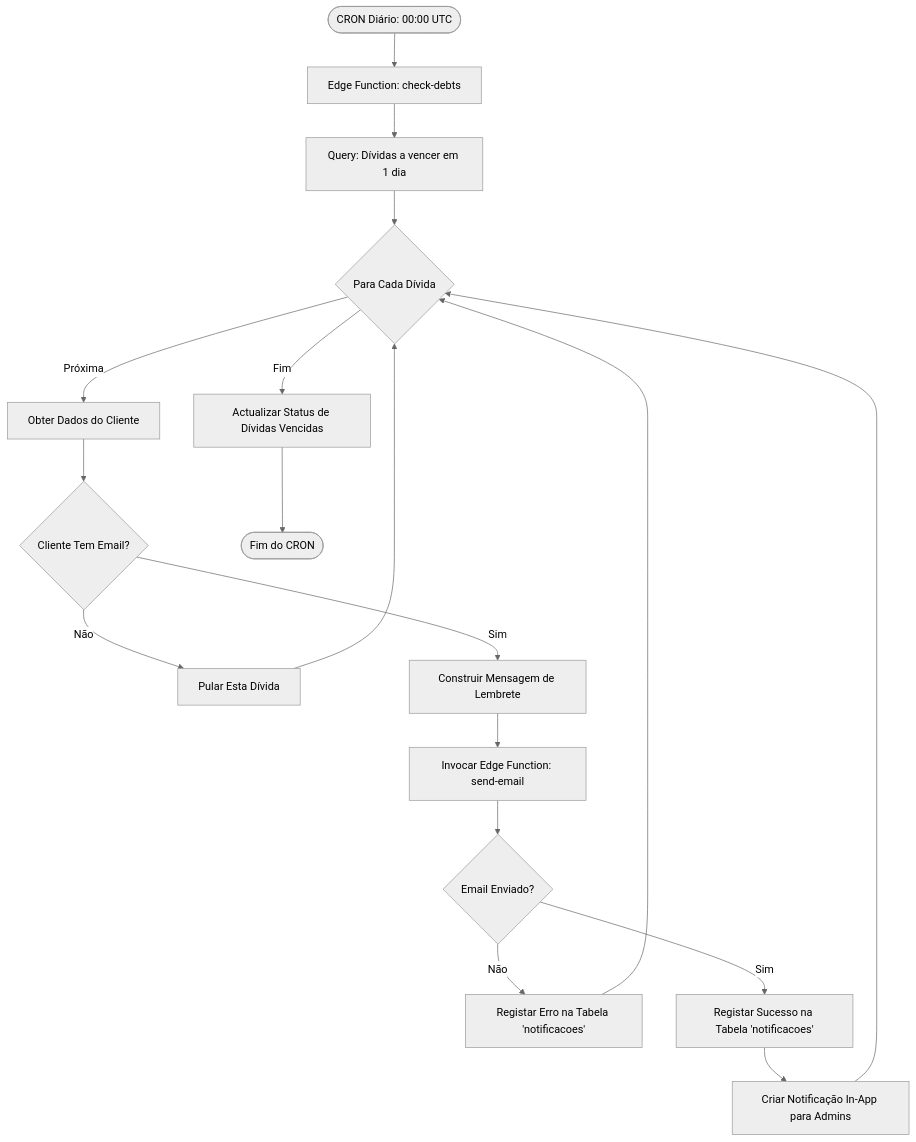
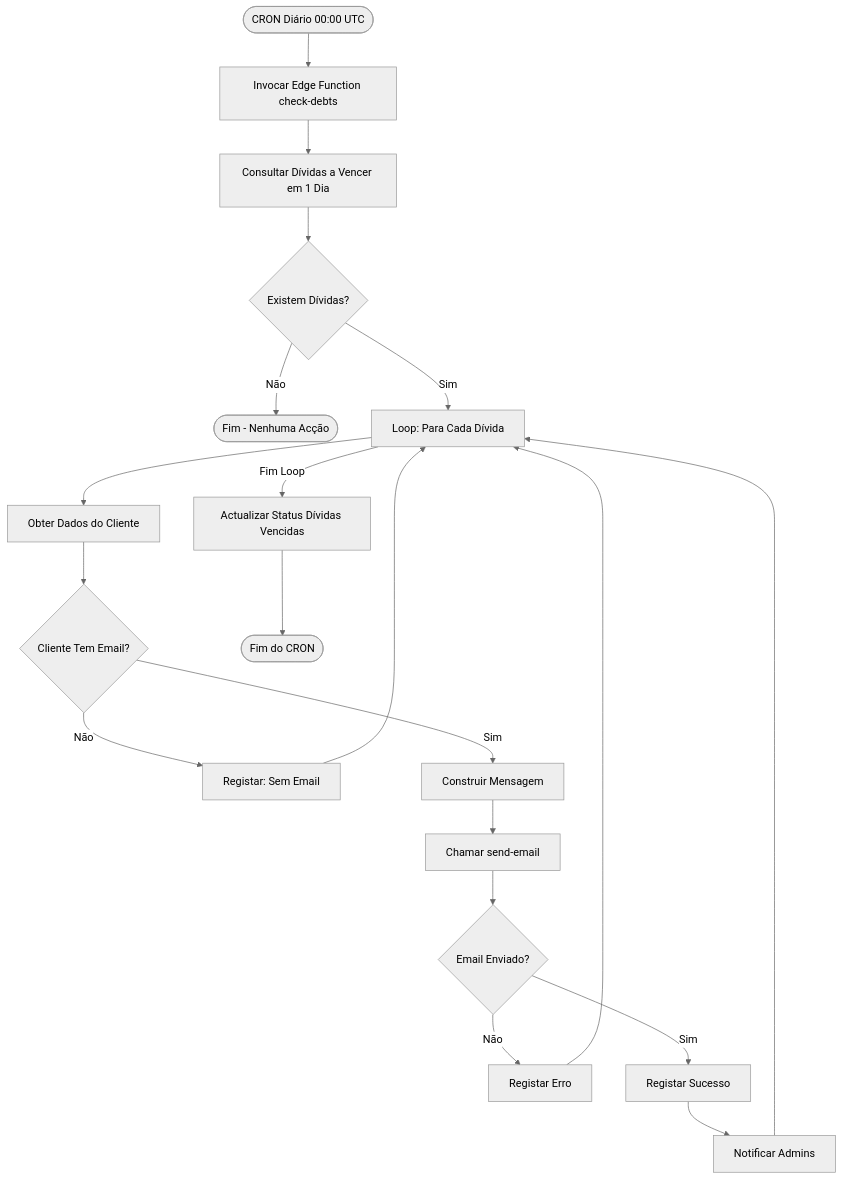
Before and after one commit to Nilton-Ramim-Pita/ncangaza-debt-watch: the fourth of 10 diagrams in DOCUMENTACAO_TECNICA_COMPLETA.md, drawn with Mermaid (neutral theme). The commit also changed other lines of this file, not shown here.

````diff
--- a/DOCUMENTACAO_TECNICA_COMPLETA.md
+++ b/DOCUMENTACAO_TECNICA_COMPLETA.md
@@ -1011,20 +340,29 @@
 ```mermaid
 flowchart TD
-    Start([CRON Diário: 00:00 UTC]) --> Trigger[Edge Function: check-debts]
-    Trigger --> Query[Query: Dívidas a vencer em 1 dia]
-    Query --> Loop{Para Cada Dívida}
-    Loop -->|Próxima| GetClient[Obter Dados do Cliente]
-    GetClient --> CheckEmail{Cliente Tem Email?}
-    CheckEmail -->|Não| Skip[Pular Esta Dívida]
-    Skip --> Loop
-    CheckEmail -->|Sim| BuildMessage[Construir Mensagem de Lembrete]
-    BuildMessage --> SendEmail[Invocar Edge Function: send-email]
-    SendEmail --> CheckSend{Email Enviado?}
-    CheckSend -->|Não| LogError[Registar Erro na Tabela 'notificacoes']
-    LogError --> Loop
-    CheckSend -->|Sim| LogSuccess[Registar Sucesso na Tabela 'notificacoes']
-    LogSuccess --> NotifyAdmin[Criar Notificação In-App para Admins]
-    NotifyAdmin --> Loop
-    Loop -->|Fim| UpdateStatus[Actualizar Status de Dívidas Vencidas]
-    UpdateStatus --> End([Fim do CRON])
+    A([CRON Diário 00:00 UTC]) --> B[Invocar Edge Function check-debts]
+    B --> C[Consultar Dívidas a Vencer em 1 Dia]
+    C --> D{Existem Dívidas?}
+    
+    D -->|Não| E([Fim - Nenhuma Acção])
+    
+    D -->|Sim| F[Loop: Para Cada Dívida]
+    F --> G[Obter Dados do Cliente]
+    G --> H{Cliente Tem Email?}
+    
+    H -->|Não| I[Registar: Sem Email]
+    I --> F
+    
+    H -->|Sim| J[Construir Mensagem]
+    J --> K[Chamar send-email]
+    K --> L{Email Enviado?}
+    
+    L -->|Não| M[Registar Erro]
+    M --> F
+    
+    L -->|Sim| N[Registar Sucesso]
+    N --> O[Notificar Admins]
+    O --> F
+    
+    F -->|Fim Loop| P[Actualizar Status Dívidas Vencidas]
+    P --> Q([Fim do CRON])
 ```
````
